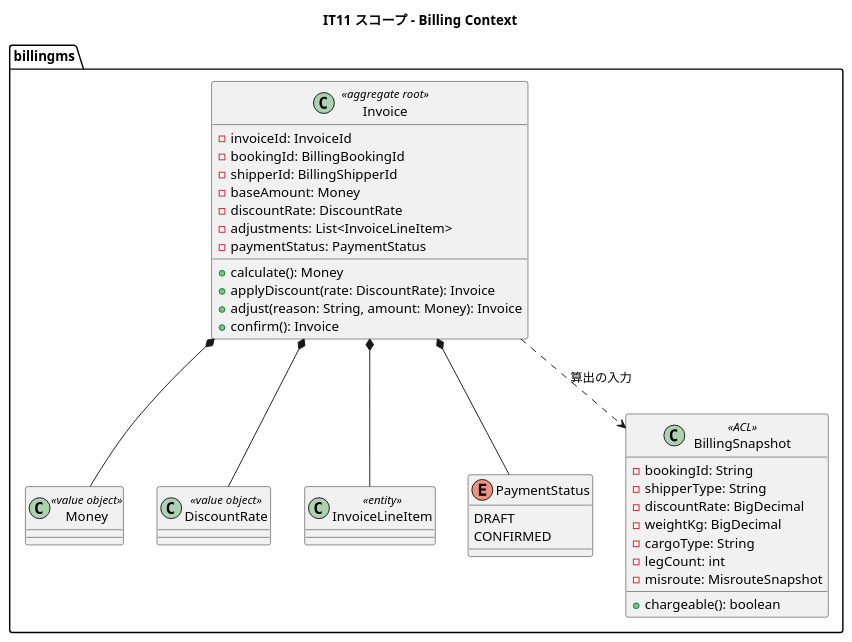
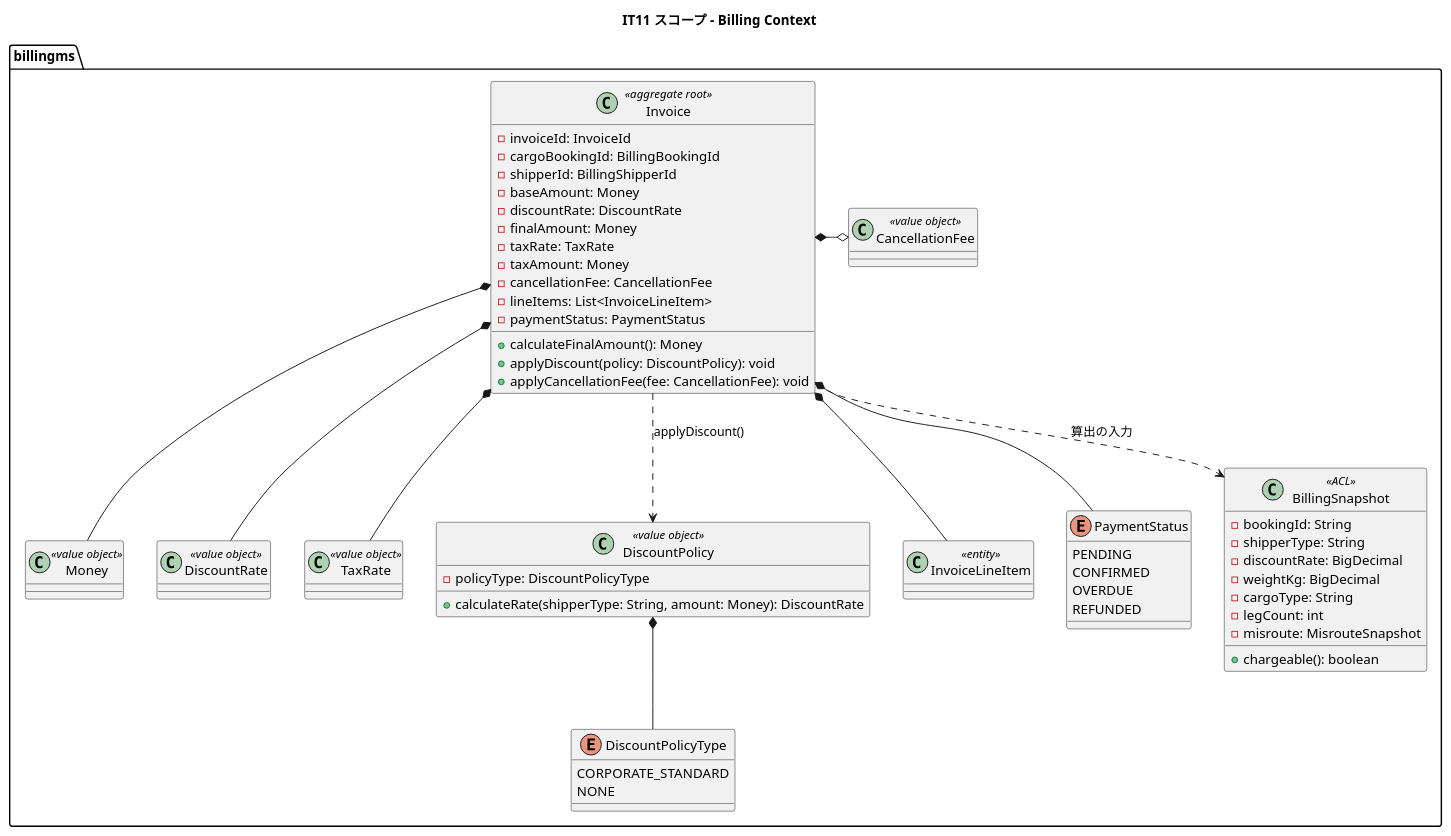
The first of 4 diagrams in docs/development/iteration_plan-11.md (k2works/case-study-cargo-tracker), drawn with PlantUML before and after one commit. The commit also changed other lines of this file, not shown here.

````diff
--- a/docs/development/iteration_plan-11.md
+++ b/docs/development/iteration_plan-11.md
@@ -97,45 +108,64 @@
 ```plantuml
 @startuml
 title IT11 スコープ - Billing Context
 
 package "billingms" {
   class Invoice <<aggregate root>> {
     -invoiceId: InvoiceId
-    -bookingId: BillingBookingId
+    -cargoBookingId: BillingBookingId
     -shipperId: BillingShipperId
     -baseAmount: Money
     -discountRate: DiscountRate
-    -adjustments: List<InvoiceLineItem>
+    -finalAmount: Money
+    -taxRate: TaxRate
+    -taxAmount: Money
+    -cancellationFee: CancellationFee
+    -lineItems: List<InvoiceLineItem>
     -paymentStatus: PaymentStatus
-    +calculate(): Money
-    +applyDiscount(rate: DiscountRate): Invoice
-    +adjust(reason: String, amount: Money): Invoice
-    +confirm(): Invoice
+    +calculateFinalAmount(): Money
+    +applyDiscount(policy: DiscountPolicy): void
+    +applyCancellationFee(fee: CancellationFee): void
   }
   class Money <<value object>>
   class DiscountRate <<value object>>
+  class TaxRate <<value object>>
+  class CancellationFee <<value object>>
+  class DiscountPolicy <<value object>> {
+    -policyType: DiscountPolicyType
+    +calculateRate(shipperType: String, amount: Money): DiscountRate
+  }
   class InvoiceLineItem <<entity>>
+  enum DiscountPolicyType {
+    CORPORATE_STANDARD
+    NONE
+  }
   enum PaymentStatus {
-    DRAFT
+    PENDING
     CONFIRMED
+    OVERDUE
+    REFUNDED
   }
   class BillingSnapshot <<ACL>> {
     -bookingId: String
     -shipperType: String
     -discountRate: BigDecimal
     -weightKg: BigDecimal
     -cargoType: String
     -legCount: int
     -misroute: MisrouteSnapshot
     +chargeable(): boolean
   }
 }
 
 Invoice *-- Money
 Invoice *-- DiscountRate
+Invoice *-- TaxRate
+Invoice *-o CancellationFee
 Invoice *-- InvoiceLineItem
 Invoice *-- PaymentStatus
+Invoice ..> DiscountPolicy : applyDiscount()
+DiscountPolicy *-- DiscountPolicyType
 Invoice ..> BillingSnapshot : 算出の入力
 
 @enduml
 ```
````
